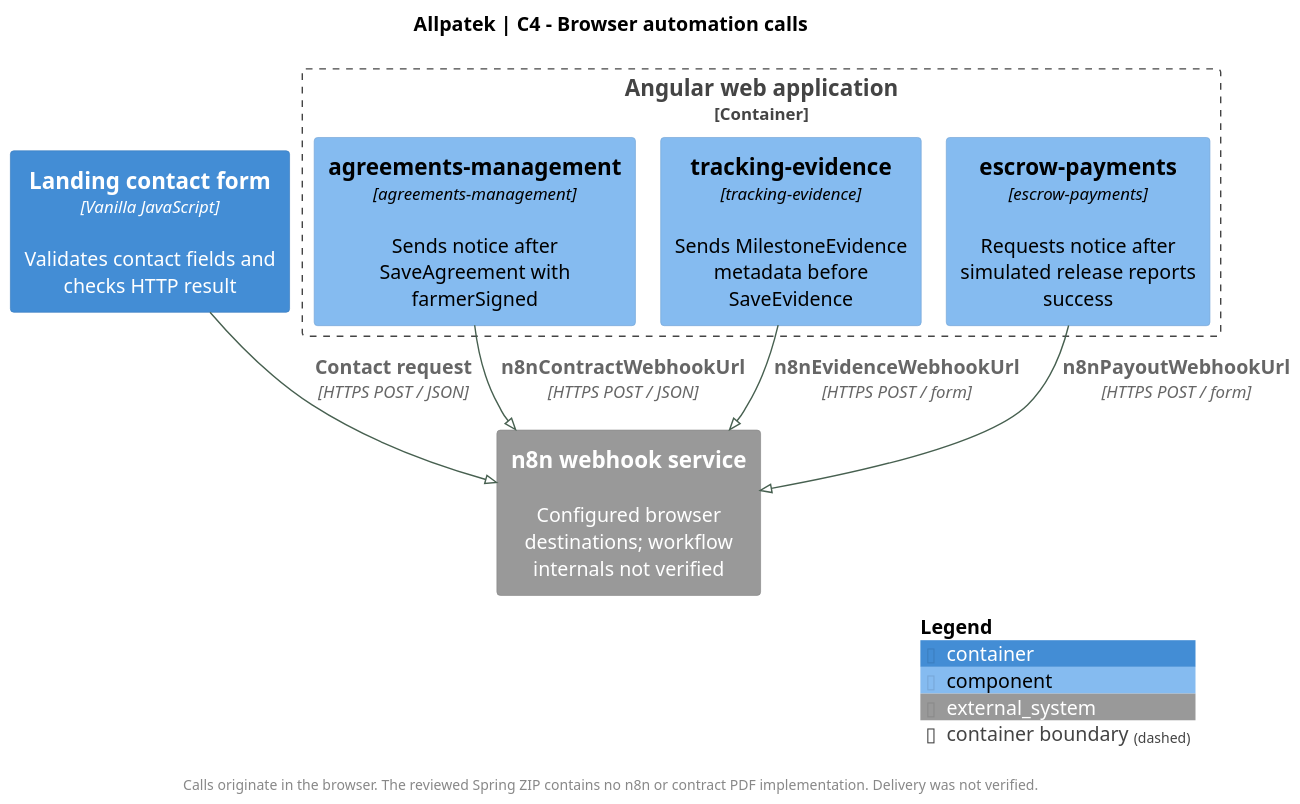
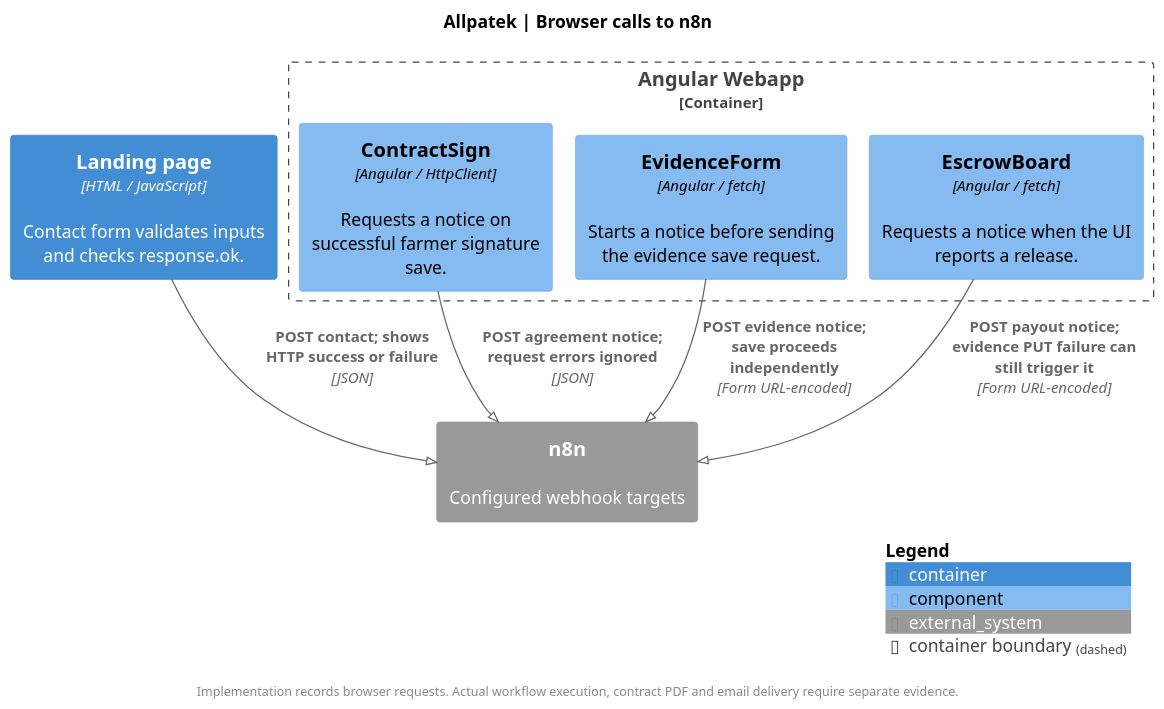
The diagram in assets/chapter-04/architecture/07-n8n-components.puml (upc-pre-202620-1asi0729-7753-Terranova/allpatek-report), drawn with PlantUML before and after one commit. The commit also changed 3 other files, not shown here.

Commit message:
docs(c4): distinguish webhook requests from confirmed delivery

```diff
--- a/assets/chapter-04/architecture/07-n8n-components.puml
+++ b/assets/chapter-04/architecture/07-n8n-components.puml
@@ -1,29 +1,24 @@
 @startuml
 !pragma layout smetana
 !include <C4/C4_Component>
 skinparam backgroundColor white
 skinparam defaultFontName SansSerif
-skinparam defaultFontSize 14
 skinparam shadowing false
-skinparam ArrowColor #476050
-skinparam dpi 140
-title Allpatek | C4 - Browser automation calls
+skinparam dpi 125
+title Allpatek | Browser calls to n8n
+LAYOUT_TOP_DOWN()
 
-LAYOUT_TOP_DOWN()
-Container(landing, "Landing contact form", "Vanilla JavaScript", "Validates contact fields and checks HTTP result")
-Container_Boundary(web, "Angular web application") {
-  Component(contract, "agreements-management", "agreements-management", "Sends notice after SaveAgreement with farmerSigned")
-  Component(evidence, "tracking-evidence", "tracking-evidence", "Sends MilestoneEvidence metadata before SaveEvidence")
-  Component(payout, "escrow-payments", "escrow-payments", "Requests notice after simulated release reports success")
+Container(landing, "Landing page", "HTML / JavaScript", "Contact form validates inputs and checks response.ok.")
+Container_Boundary(web, "Angular Webapp") {
+  Component(contract, "ContractSign", "Angular / HttpClient", "Requests a notice on successful farmer signature save.")
+  Component(evidence, "EvidenceForm", "Angular / fetch", "Starts a notice before sending the evidence save request.")
+  Component(payout, "EscrowBoard", "Angular / fetch", "Requests a notice when the UI reports a release.")
 }
-
-System_Ext(automation, "n8n webhook service", "Configured browser destinations; workflow internals not verified")
-
-Rel(landing, automation, "Contact request", "HTTPS POST / JSON")
-Rel(contract, automation, "n8nContractWebhookUrl", "HTTPS POST / JSON")
-Rel(evidence, automation, "n8nEvidenceWebhookUrl", "HTTPS POST / form")
-Rel(payout, automation, "n8nPayoutWebhookUrl", "HTTPS POST / form")
-
-footer Calls originate in the browser. The reviewed Spring ZIP contains no n8n or contract PDF implementation. Delivery was not verified.
+System_Ext(automation, "n8n", "Configured webhook targets")
+Rel(landing, automation, "POST contact; shows HTTP success or failure", "JSON")
+Rel(contract, automation, "POST agreement notice; request errors ignored", "JSON")
+Rel(evidence, automation, "POST evidence notice; save proceeds independently", "Form URL-encoded")
+Rel(payout, automation, "POST payout notice; evidence PUT failure can still trigger it", "Form URL-encoded")
+footer Implementation records browser requests. Actual workflow execution, contract PDF and email delivery require separate evidence.
 SHOW_LEGEND()
 @enduml
```
